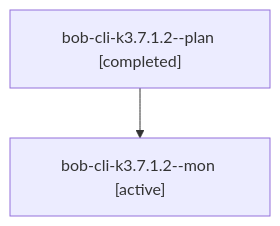
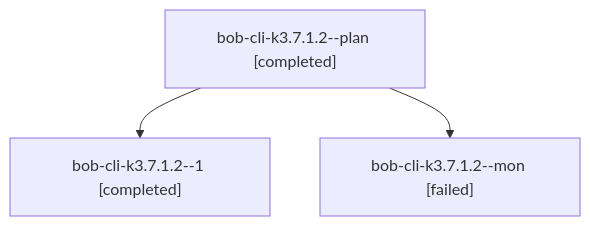
The diagram in sessions/bbugyi200.athena.bob-cli-k3.7.1.2.md (bobs-org/bob-cli--agents), drawn with Mermaid before and after one commit. The commit also changed other lines of this file and 112 other files, not shown here.

````diff
--- a/sessions/bbugyi200.athena.bob-cli-k3.7.1.2.md
+++ b/sessions/bbugyi200.athena.bob-cli-k3.7.1.2.md
@@ -9,6 +9,8 @@
 ```mermaid
 flowchart TD
   n0["bob-cli-k3.7.1.2--plan [completed]"]
-  n1["bob-cli-k3.7.1.2--mon [active]"]
+  n1["bob-cli-k3.7.1.2--1 [completed]"]
   n0 --> n1
+  n2["bob-cli-k3.7.1.2--mon [failed]"]
+  n0 --> n2
 ```
````
